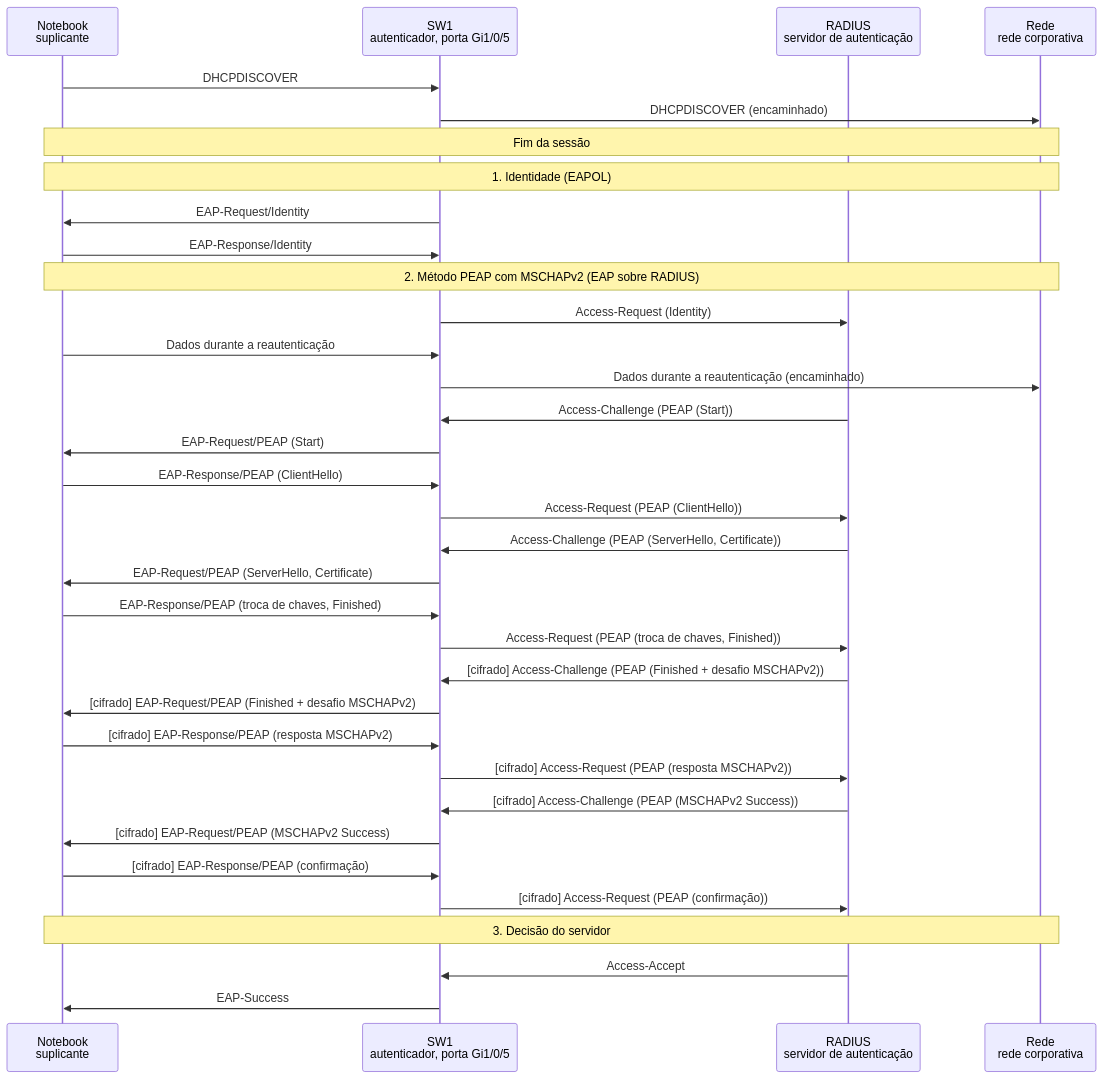
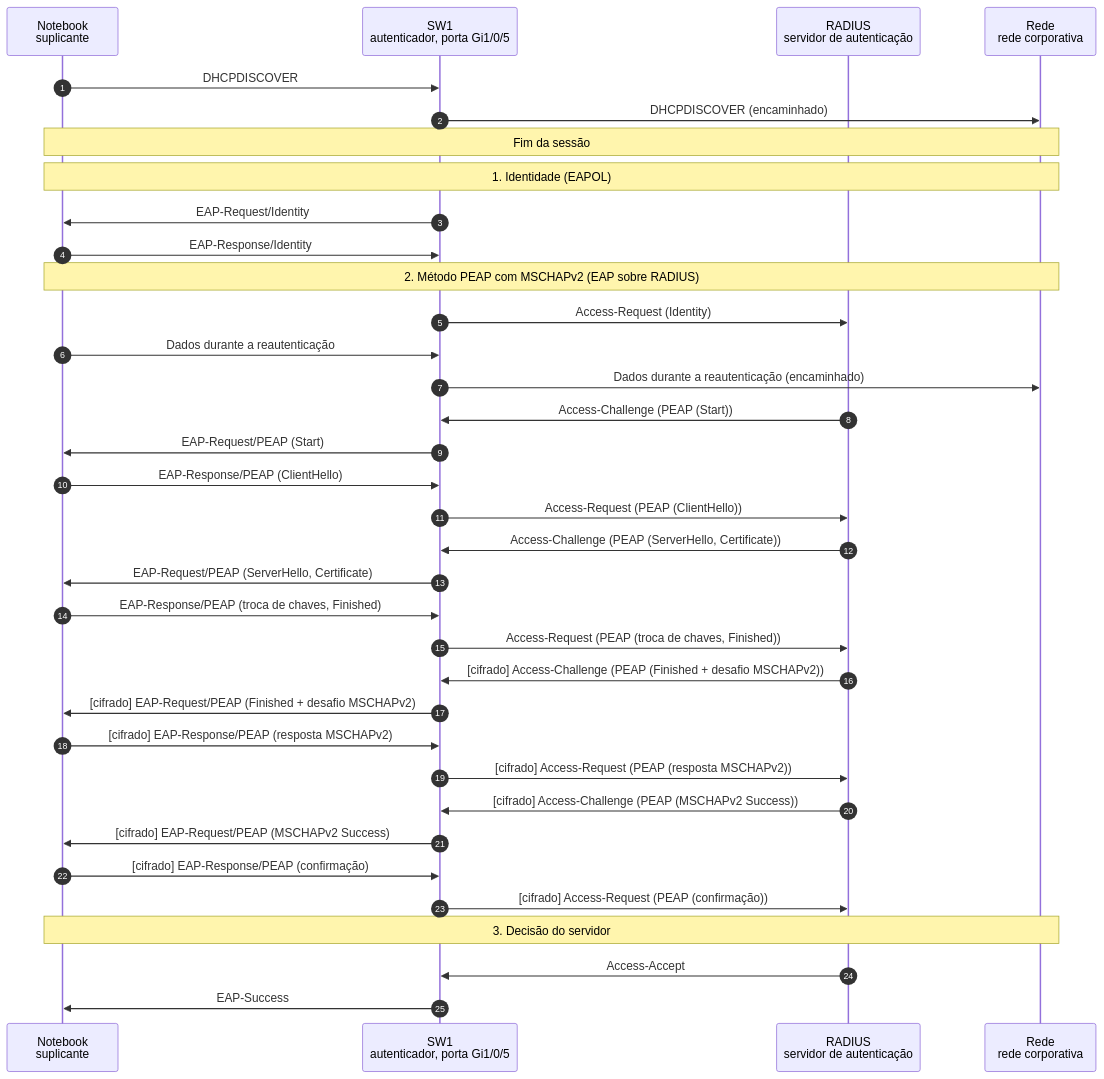
Before and after one commit to emanuel-bs/simul-net: diagram 16 of 23 in docs/simuladores/802-1x.md, drawn with Mermaid. The commit also changed other lines of this file and 19 other files, not shown here.

First line of the commit message:
feat(docs): todos os diagramas de sequencia numerados na ordem da comunicacao

````diff
--- a/docs/simuladores/802-1x.md
+++ b/docs/simuladores/802-1x.md
@@ -699,36 +707,37 @@
 ```mermaid
 sequenceDiagram
+  autonumber
   participant n_sup as Notebook<br/>suplicante
   participant n_nas as SW1<br/>autenticador, porta Gi1/0/5
   participant n_srv as RADIUS<br/>servidor de autenticação
   participant n_lan as Rede<br/>rede corporativa
   n_sup ->> n_nas: DHCPDISCOVER
   n_nas ->> n_lan: DHCPDISCOVER (encaminhado)
   Note over n_sup,n_lan: Fim da sessão
   Note over n_sup,n_lan: 1. Identidade (EAPOL)
   n_nas ->> n_sup: EAP-Request/Identity
   n_sup ->> n_nas: EAP-Response/Identity
   Note over n_sup,n_lan: 2. Método PEAP com MSCHAPv2 (EAP sobre RADIUS)
   n_nas ->> n_srv: Access-Request (Identity)
   n_sup ->> n_nas: Dados durante a reautenticação
   n_nas ->> n_lan: Dados durante a reautenticação (encaminhado)
   n_srv ->> n_nas: Access-Challenge (PEAP (Start))
   n_nas ->> n_sup: EAP-Request/PEAP (Start)
   n_sup ->> n_nas: EAP-Response/PEAP (ClientHello)
   n_nas ->> n_srv: Access-Request (PEAP (ClientHello))
   n_srv ->> n_nas: Access-Challenge (PEAP (ServerHello, Certificate))
   n_nas ->> n_sup: EAP-Request/PEAP (ServerHello, Certificate)
   n_sup ->> n_nas: EAP-Response/PEAP (troca de chaves, Finished)
   n_nas ->> n_srv: Access-Request (PEAP (troca de chaves, Finished))
   n_srv ->> n_nas: [cifrado] Access-Challenge (PEAP (Finished + desafio MSCHAPv2))
   n_nas ->> n_sup: [cifrado] EAP-Request/PEAP (Finished + desafio MSCHAPv2)
   n_sup ->> n_nas: [cifrado] EAP-Response/PEAP (resposta MSCHAPv2)
   n_nas ->> n_srv: [cifrado] Access-Request (PEAP (resposta MSCHAPv2))
   n_srv ->> n_nas: [cifrado] Access-Challenge (PEAP (MSCHAPv2 Success))
   n_nas ->> n_sup: [cifrado] EAP-Request/PEAP (MSCHAPv2 Success)
   n_sup ->> n_nas: [cifrado] EAP-Response/PEAP (confirmação)
   n_nas ->> n_srv: [cifrado] Access-Request (PEAP (confirmação))
   Note over n_sup,n_lan: 3. Decisão do servidor
   n_srv ->> n_nas: Access-Accept
   n_nas ->> n_sup: EAP-Success
 ```
````
